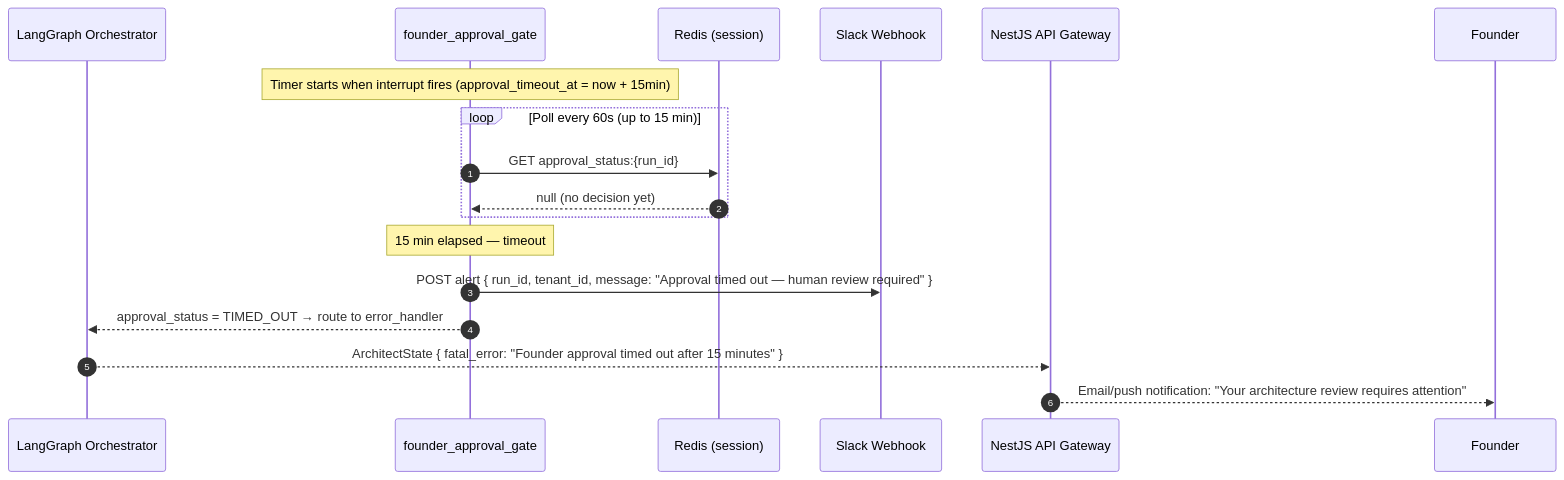
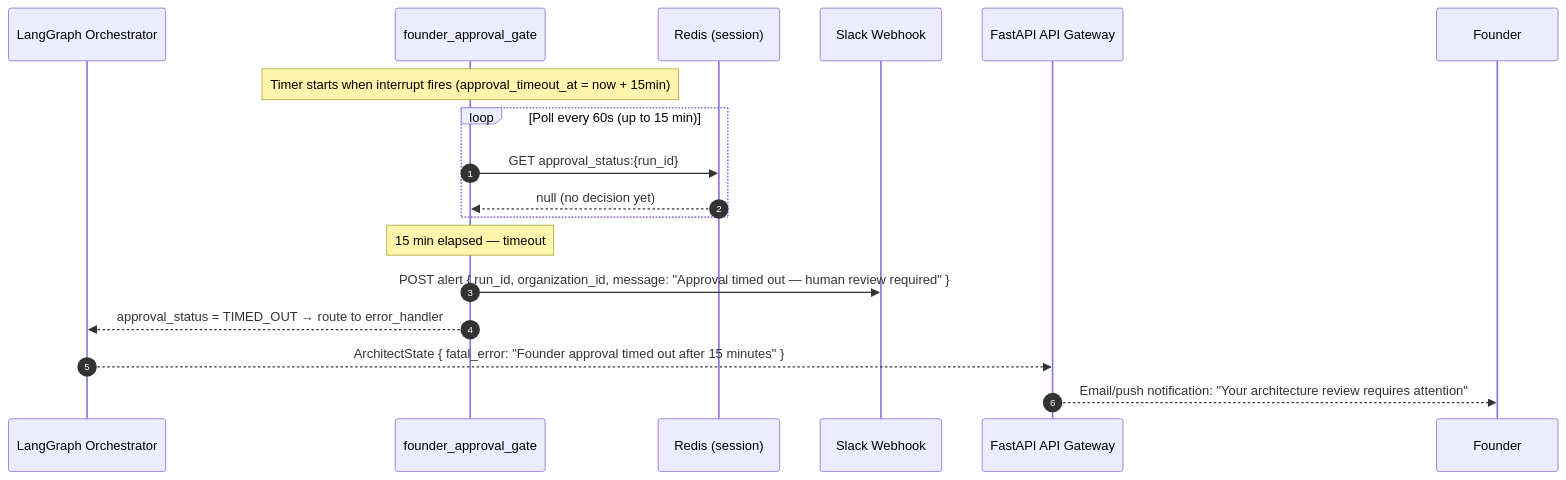
The fourth of 4 diagrams in docs/architecture/Agents-Architecture/architect-agent.md (kaushraj1/AutoFounder), drawn with Mermaid before and after one commit. The commit also changed other lines of this file and 9 other files, not shown here.

First line of the commit message:
refactor(docs): migrate docs/architecture to the canonical stack

````diff
--- a/docs/architecture/Agents-Architecture/architect-agent.md
+++ b/docs/architecture/Agents-Architecture/architect-agent.md
@@ -1496,24 +1507,24 @@
 ```mermaid
 sequenceDiagram
     autonumber
     participant Graph as LangGraph Orchestrator
     participant Gate  as founder_approval_gate
     participant Redis as Redis (session)
     participant Slack as Slack Webhook
-    participant API   as NestJS API Gateway
+    participant API   as FastAPI API Gateway
     participant Founder
 
     Note over Gate: Timer starts when interrupt fires (approval_timeout_at = now + 15min)
 
     loop Poll every 60s (up to 15 min)
         Gate ->> Redis: GET approval_status:{run_id}
         Redis -->> Gate: null (no decision yet)
     end
 
     Note over Gate: 15 min elapsed — timeout
-    Gate ->> Slack: POST alert { run_id, tenant_id, message: "Approval timed out — human review required" }
+    Gate ->> Slack: POST alert { run_id, organization_id, message: "Approval timed out — human review required" }
     Gate -->> Graph: approval_status = TIMED_OUT → route to error_handler
 
     Graph -->> API: ArchitectState { fatal_error: "Founder approval timed out after 15 minutes" }
     API -->> Founder: Email/push notification: "Your architecture review requires attention"
 ```
````
